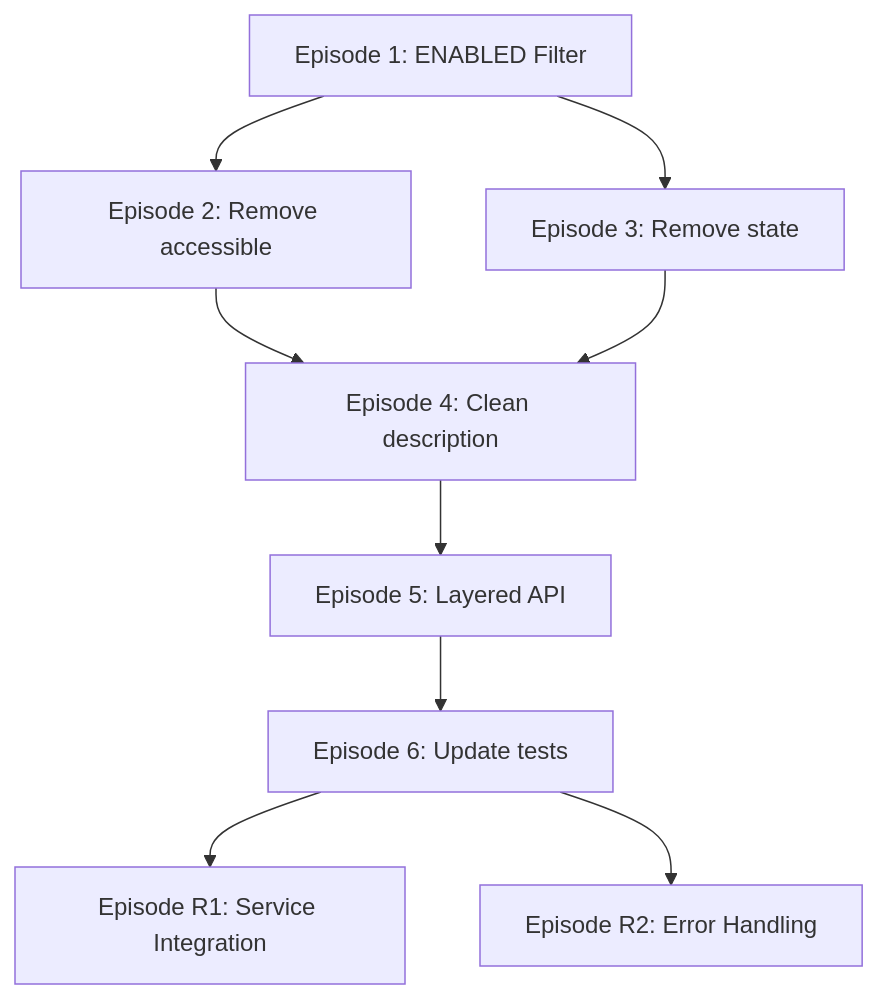
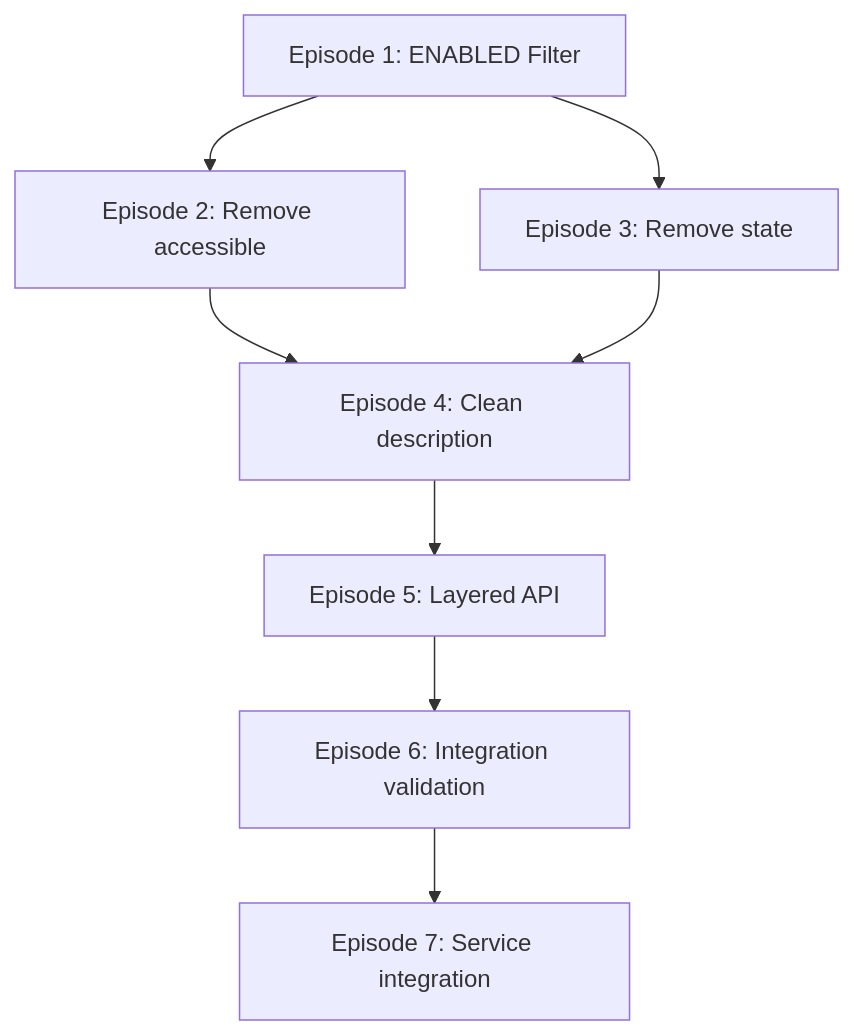
Before and after one commit to quiltdata/quilt-mcp-server: the diagram in spec/133-bug-fail-athena_workgroups_list/05-episodes.md, drawn with Mermaid. The commit also changed other lines of this file, not shown here.

First line of the commit message:
feat: include AthenaQueryService integration as Episode 7, drop error handling episode

````diff
--- a/spec/133-bug-fail-athena_workgroups_list/05-episodes.md
+++ b/spec/133-bug-fail-athena_workgroups_list/05-episodes.md
@@ -317,11 +307,10 @@
 ```mermaid
 graph TD
     E1[Episode 1: ENABLED Filter] --> E2[Episode 2: Remove accessible]
     E1 --> E3[Episode 3: Remove state]
     E2 --> E4[Episode 4: Clean description]
     E3 --> E4
     E4 --> E5[Episode 5: Layered API]
-    E5 --> E6[Episode 6: Update tests]
-    E6 --> R1[Episode R1: Service Integration]
-    E6 --> R2[Episode R2: Error Handling]
+    E5 --> E6[Episode 6: Integration validation]
+    E6 --> E7[Episode 7: Service integration]
 ```
````
